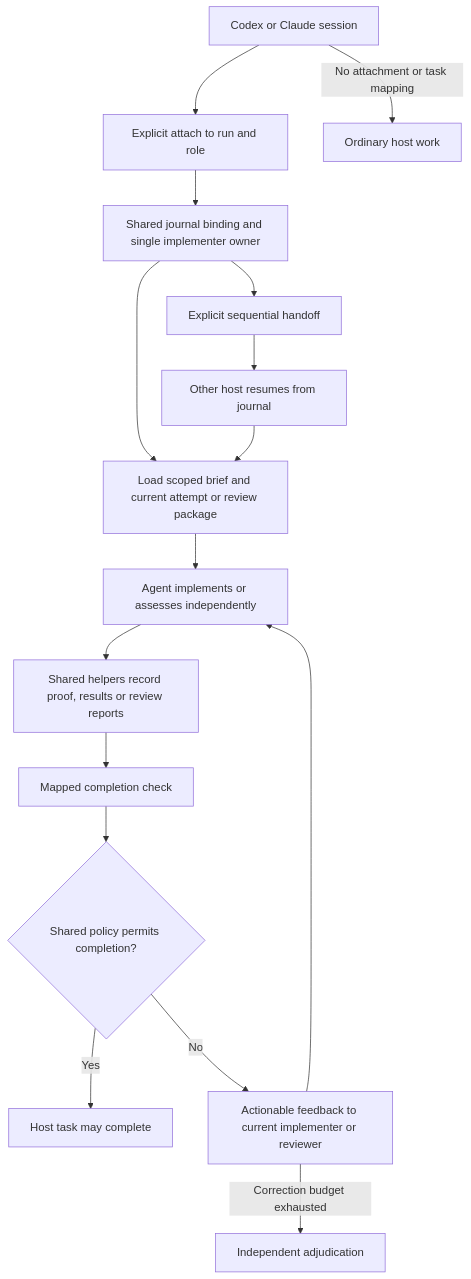
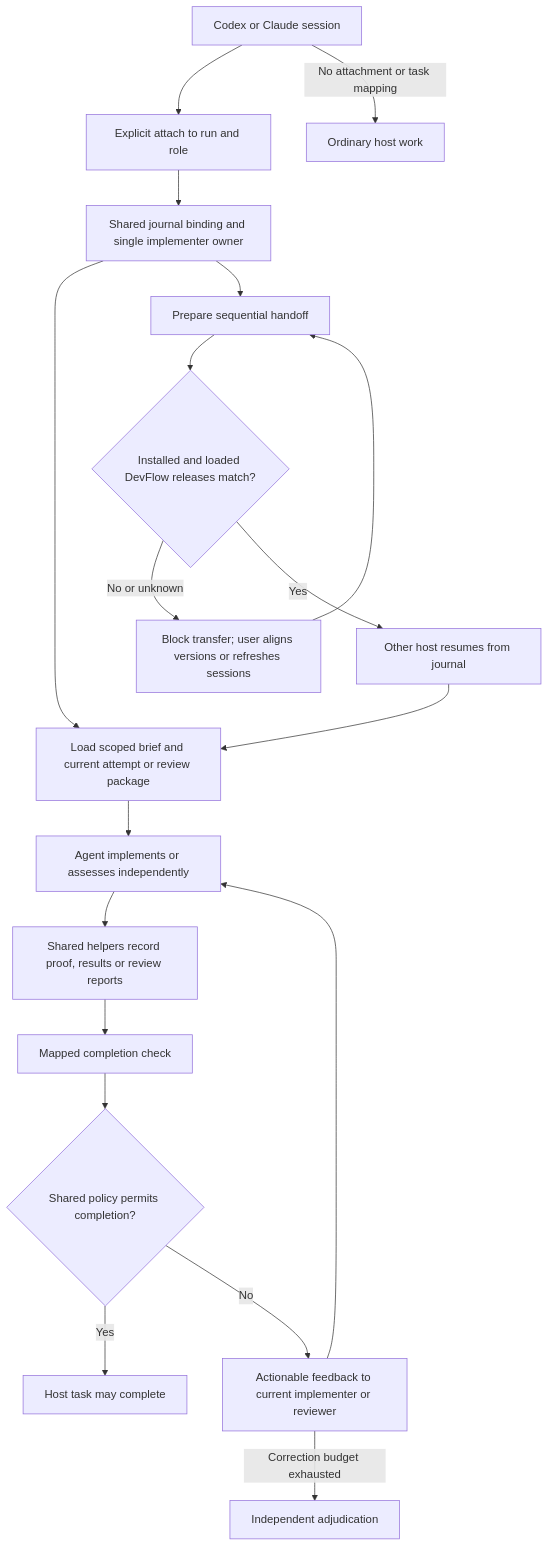
Before and after one commit to wgentil/devflow: the diagram in docs/superpowers/specs/2026-10-06-devflow-cross-host-design.md, drawn with Mermaid. The commit also changed other lines of this file and 1 other file, not shown here.

Commit message:
docs: require DevFlow release parity before cross-host handoff

````diff
--- a/docs/superpowers/specs/2026-10-06-devflow-cross-host-design.md
+++ b/docs/superpowers/specs/2026-10-06-devflow-cross-host-design.md
@@ -237,18 +297,21 @@
 ```mermaid
 flowchart TD
     Host["Codex or Claude session"] --> Attach["Explicit attach to run and role"]
     Attach --> Journal["Shared journal binding and single implementer owner"]
     Journal --> Brief["Load scoped brief and current attempt or review package"]
     Brief --> Work["Agent implements or assesses independently"]
     Work --> Evidence["Shared helpers record proof, results or review reports"]
     Evidence --> Check["Mapped completion check"]
     Check --> Decision{"Shared policy permits completion?"}
     Decision -->|Yes| Complete["Host task may complete"]
     Decision -->|No| Feedback["Actionable feedback to current implementer or reviewer"]
     Feedback --> Work
     Feedback -->|Correction budget exhausted| Adjudicate["Independent adjudication"]
-    Journal --> Transfer["Explicit sequential handoff"]
-    Transfer --> Resume["Other host resumes from journal"]
+    Journal --> Transfer["Prepare sequential handoff"]
+    Transfer --> Parity{"Installed and loaded DevFlow releases match?"}
+    Parity -->|No or unknown| Align["Block transfer; user aligns versions or refreshes sessions"]
+    Align --> Transfer
+    Parity -->|Yes| Resume["Other host resumes from journal"]
     Resume --> Brief
     Host -->|No attachment or task mapping| Ordinary["Ordinary host work"]
 ```
````
